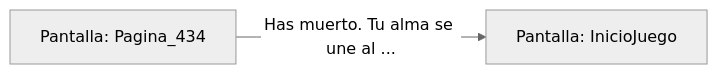
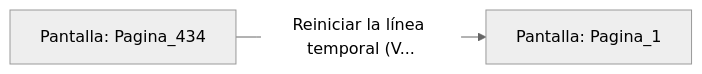
One commit to metsuke/mpl changed the diagram in sample/eligejuego-vault/Pantalla_Pagina_434.md. Above: the diagram before and after it, drawn with Mermaid (neutral theme). The commit also changed other lines of this file and 635 other files, not shown here.

First line of the commit message:
fix: añadir Pagina_1 como pantalla inicial en capitulo_01.mpl

````diff
--- a/sample/eligejuego-vault/Pantalla_Pagina_434.md
+++ b/sample/eligejuego-vault/Pantalla_Pagina_434.md
@@ -17,5 +17,5 @@
 ```mermaid
 graph LR
     P_Pagina_434["Pantalla: Pagina_434"]
-    P_Pagina_434 -->|"Has muerto. Tu alma se une al ..."| P_InicioJuego["Pantalla: InicioJuego"]
+    P_Pagina_434 -->|"Reiniciar la línea temporal (V..."| P_Pagina_1["Pantalla: Pagina_1"]
 ```
````
